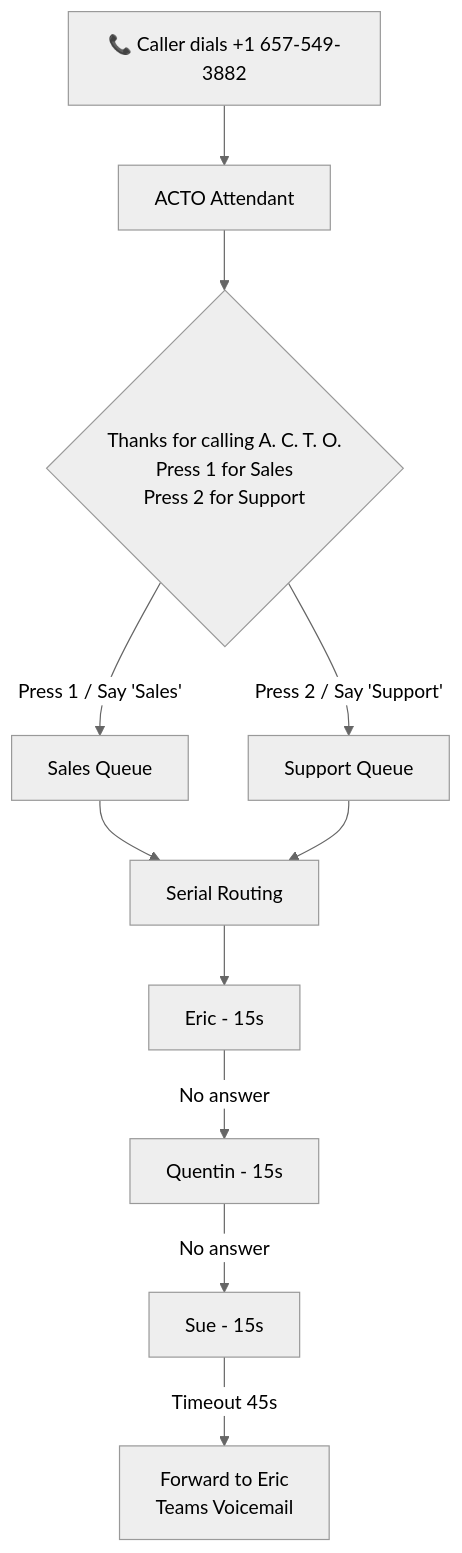
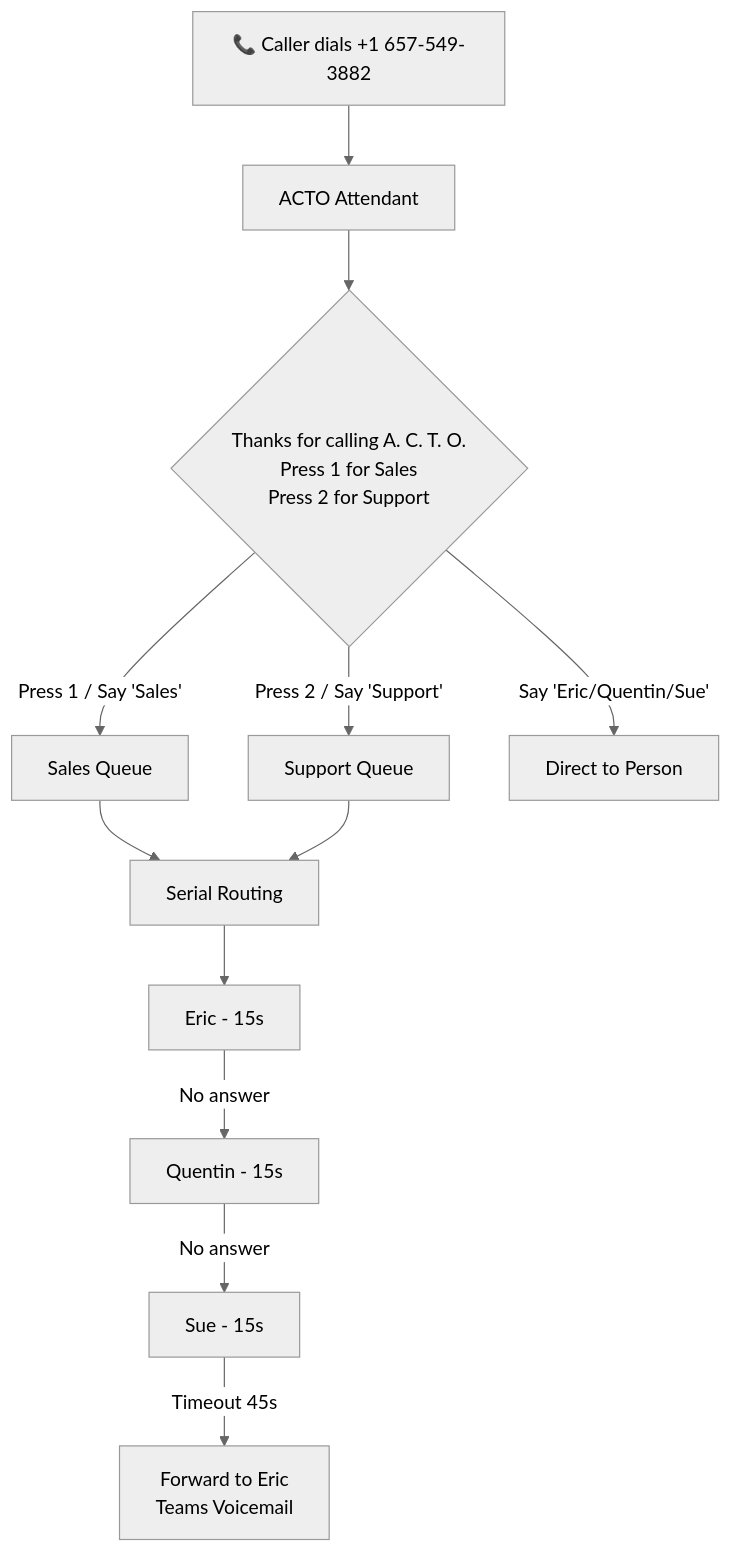
One commit to ACTO-LLC/acto-infra changed the diagram in teams-voice/docs/configuration-guide.md. Above: the diagram before and after it, drawn with Mermaid (neutral theme). The commit also changed other lines of this file and 1 other file, not shown here.

````diff
--- a/teams-voice/docs/configuration-guide.md
+++ b/teams-voice/docs/configuration-guide.md
@@ -29,16 +29,17 @@
 ```mermaid
 flowchart TD
     A[📞 Caller dials +1 657-549-3882] --> B[ACTO Attendant]
     B --> C{"Thanks for calling A. C. T. O.<br/>Press 1 for Sales<br/>Press 2 for Support"}
 
     C -->|Press 1 / Say 'Sales'| D[Sales Queue]
     C -->|Press 2 / Say 'Support'| E[Support Queue]
+    C -->|Say 'Eric/Quentin/Sue'| K[Direct to Person]
 
     D --> F[Serial Routing]
     E --> F
 
     F --> G[Eric - 15s]
     G -->|No answer| H[Quentin - 15s]
     H -->|No answer| I[Sue - 15s]
     I -->|Timeout 45s| J[Forward to Eric<br/>Teams Voicemail]
 ```
````
